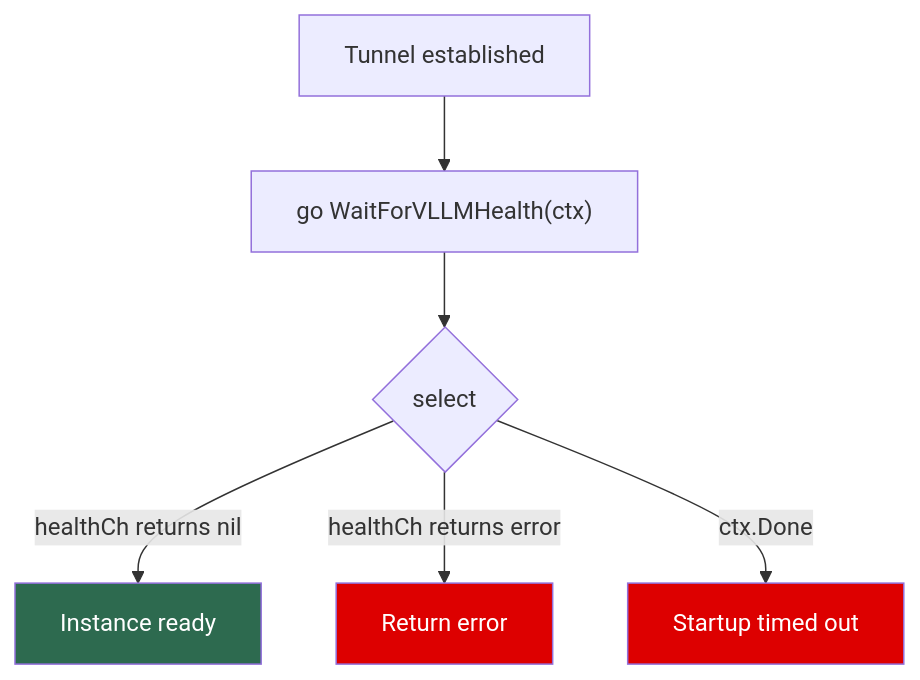
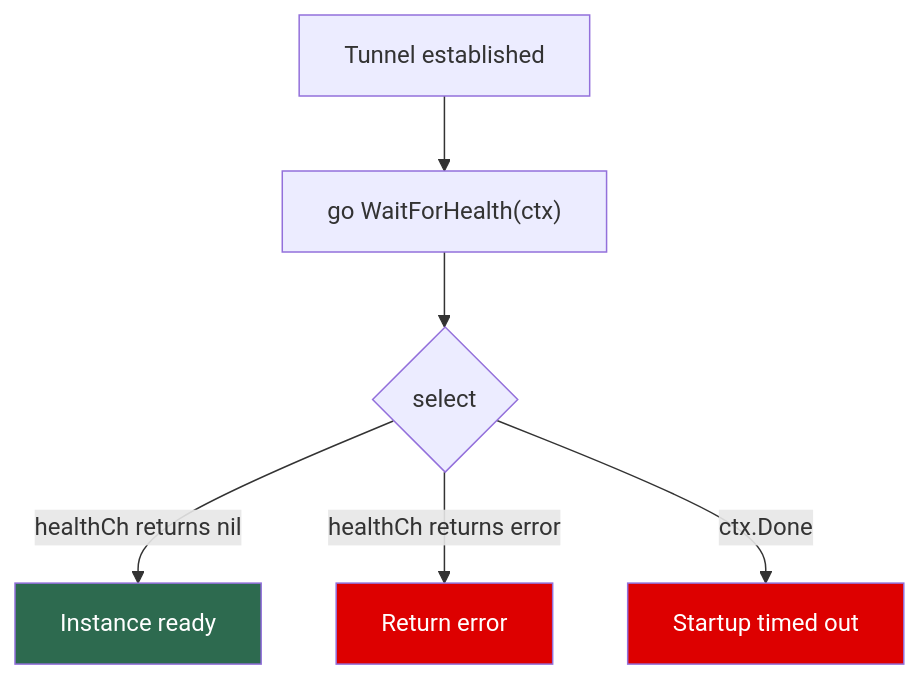
One commit to WWTLF/mycodeagent changed the fifth of 7 diagrams in docs/Solution.md. Above: the diagram before and after it, drawn with Mermaid. The commit also changed other lines of this file and 6 other files, not shown here.

````diff
--- a/docs/Solution.md
+++ b/docs/Solution.md
@@ -134,12 +197,12 @@
 ```mermaid
 flowchart TD
-    START["Tunnel established"] --> SPAWN["go WaitForVLLMHealth(ctx)"]
+    START["Tunnel established"] --> SPAWN["go WaitForHealth(ctx)"]
     SPAWN --> SELECT{"select"}
     SELECT -->|healthCh returns nil| OK["Instance ready"]
     SELECT -->|healthCh returns error| FAIL["Return error"]
     SELECT -->|ctx.Done| TIMEOUT["Startup timed out"]
 
     style OK fill:#2d6a4f,color:#fff
     style FAIL fill:#d00,color:#fff
     style TIMEOUT fill:#d00,color:#fff
 ```
````
